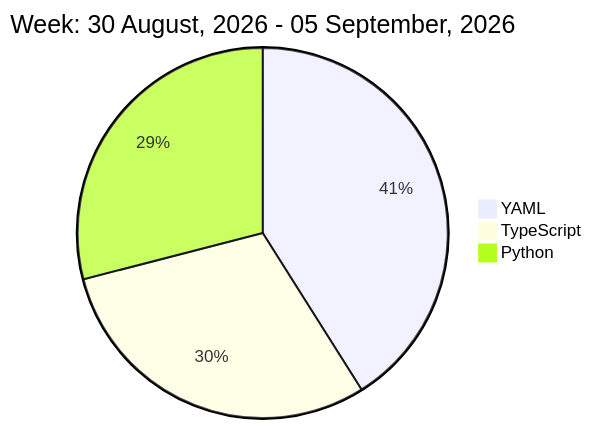
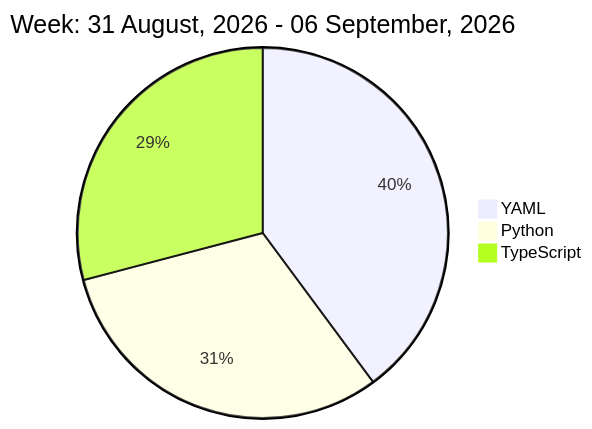
One commit to liubin95/liubin95 changed the diagram in README.md. Above: the diagram before and after it, drawn with Mermaid.

Commit message:
Updated the Graph with new Metrics

````diff
--- a/README.md
+++ b/README.md
@@ -32,7 +32,7 @@
 ```mermaid
  pie
-title Week: 30 August, 2026 - 05 September, 2026
+title Week: 31 August, 2026 - 06 September, 2026
  "YAML" : 2.22
+ "Python" : 1.73
  "TypeScript" : 1.62
- "Python" : 1.57
 ```
````
